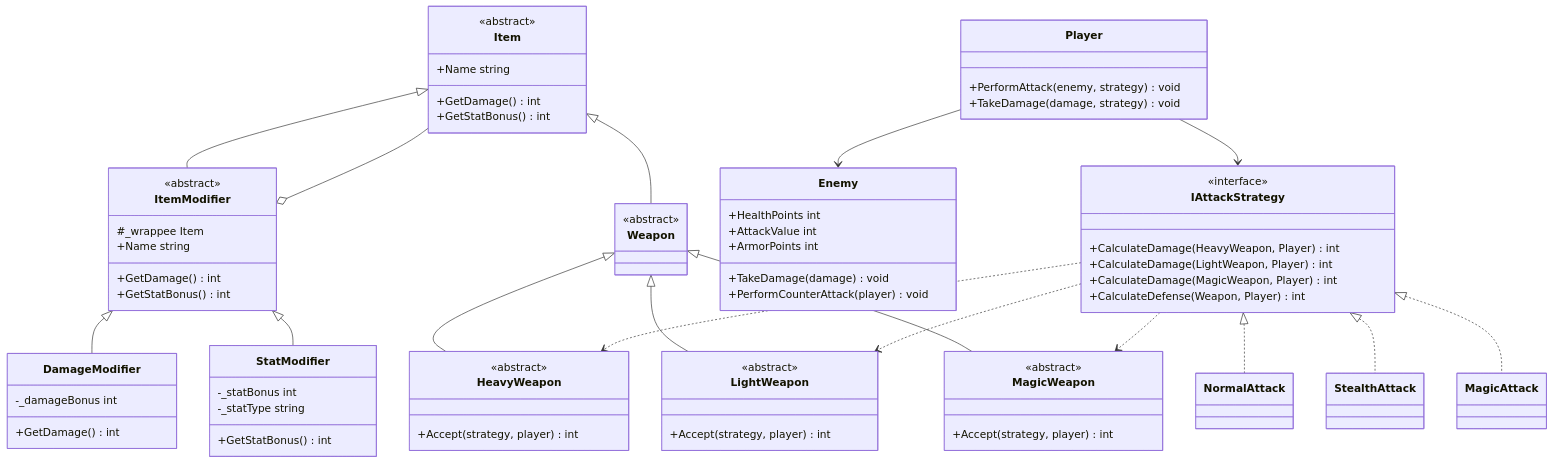
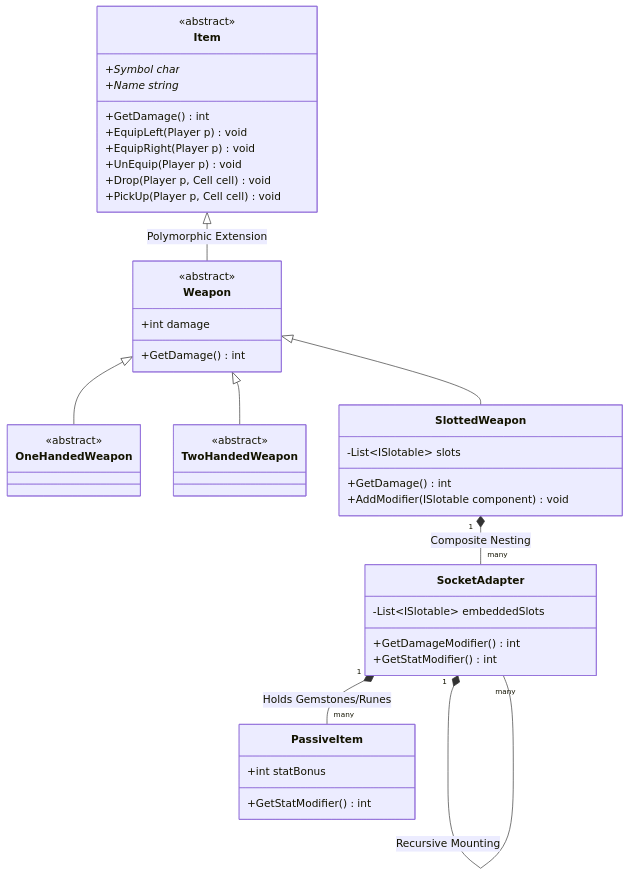
One commit to anniigr/ConsoleRPG-Game--PO changed the second of 2 diagrams in Readme.md. Above: the diagram before and after it, drawn with Mermaid. The commit also changed other lines of this file, not shown here.

````diff
--- a/Readme.md
+++ b/Readme.md
@@ -241,95 +257,43 @@
 ```mermaid
 classDiagram
-    direction TB
-
     class Item {
         <<abstract>>
-        +Name string
+        +Symbol char*
+        +Name string*
         +GetDamage() int
-        +GetStatBonus() int
+        +EquipLeft(Player p) void
+        +EquipRight(Player p) void
+        +UnEquip(Player p) void
+        +Drop(Player p, Cell cell) void
+        +PickUp(Player p, Cell cell) void
+    }
+    class Weapon {
+        <<abstract>>
+        +int damage
+        +GetDamage() int
+    }
+    class OneHandedWeapon { <<abstract>> }
+    class TwoHandedWeapon { <<abstract>> }
+    class SlottedWeapon {
+        -List~ISlotable~ slots
+        +GetDamage() int
+        +AddModifier(ISlotable component) void
+    }
+    class SocketAdapter {
+        -List~ISlotable~ embeddedSlots
+        +GetDamageModifier() int
+        +GetStatModifier() int
+    }
+    class PassiveItem {
+        +int statBonus
+        +GetStatModifier() int
     }
 
-    class ItemModifier {
-        <<abstract>>
-        #_wrappee Item
-        +Name string
-        +GetDamage() int
-        +GetStatBonus() int
-    }
-
-    class DamageModifier {
-        -_damageBonus int
-        +GetDamage() int
-    }
-
-    class StatModifier {
-        -_statBonus int
-        -_statType string
-        +GetStatBonus() int
-    }
-
-    Item <|-- ItemModifier
-    ItemModifier o-- Item
-    ItemModifier <|-- DamageModifier
-    ItemModifier <|-- StatModifier
-
-    class Weapon {
-        <<abstract>>
-    }
-
-    class HeavyWeapon {
-        <<abstract>>
-        +Accept(strategy, player) int
-    }
-
-    class LightWeapon {
-        <<abstract>>
-        +Accept(strategy, player) int
-    }
-
-    class MagicWeapon {
-        <<abstract>>
-        +Accept(strategy, player) int
-    }
-
-    Item <|-- Weapon
-    Weapon <|-- HeavyWeapon
-    Weapon <|-- LightWeapon
-    Weapon <|-- MagicWeapon
-
-    class Enemy {
-        +HealthPoints int
-        +AttackValue int
-        +ArmorPoints int
-        +TakeDamage(damage) void
-        +PerformCounterAttack(player) void
-    }
-
-    class Player {
-        +PerformAttack(enemy, strategy) void
-        +TakeDamage(damage, strategy) void
-    }
-
-    class IAttackStrategy {
-        <<interface>>
-        +CalculateDamage(HeavyWeapon, Player) int
-        +CalculateDamage(LightWeapon, Player) int
-        +CalculateDamage(MagicWeapon, Player) int
-        +CalculateDefense(Weapon, Player) int
-    }
-
-    class NormalAttack
-    class StealthAttack
-    class MagicAttack
-
-    IAttackStrategy <|.. NormalAttack
-    IAttackStrategy <|.. StealthAttack
-    IAttackStrategy <|.. MagicAttack
-
-    Player --> IAttackStrategy
-    Player --> Enemy
-
-    IAttackStrategy ..> HeavyWeapon
-    IAttackStrategy ..> LightWeapon
-    IAttackStrategy ..> MagicWeapon
+    Item <|-- Weapon : Polymorphic Extension
+    Weapon <|-- OneHandedWeapon
+    Weapon <|-- TwoHandedWeapon
+    Weapon <|-- SlottedWeapon
+    SlottedWeapon "1" *-- "many" SocketAdapter : Composite Nesting
+    SocketAdapter "1" *-- "many" PassiveItem : Holds Gemstones/Runes
+    SocketAdapter "1" *-- "many" SocketAdapter : Recursive Mounting
 ```
````
